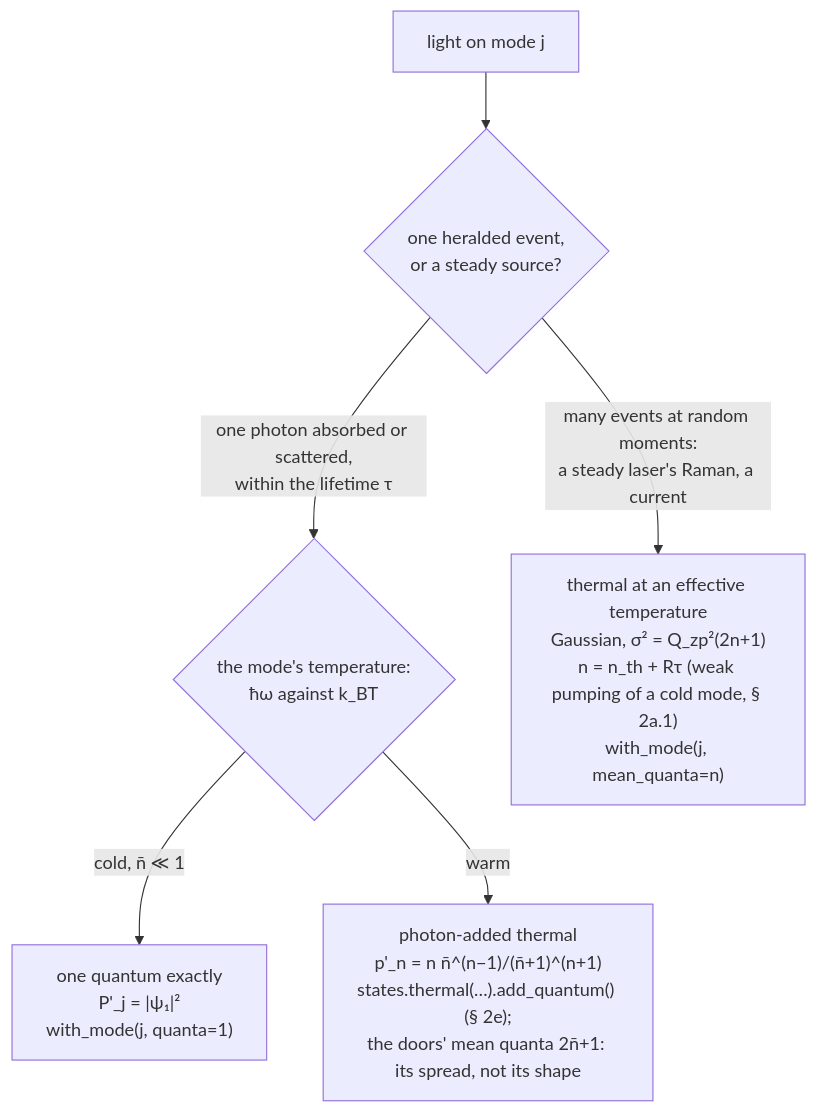
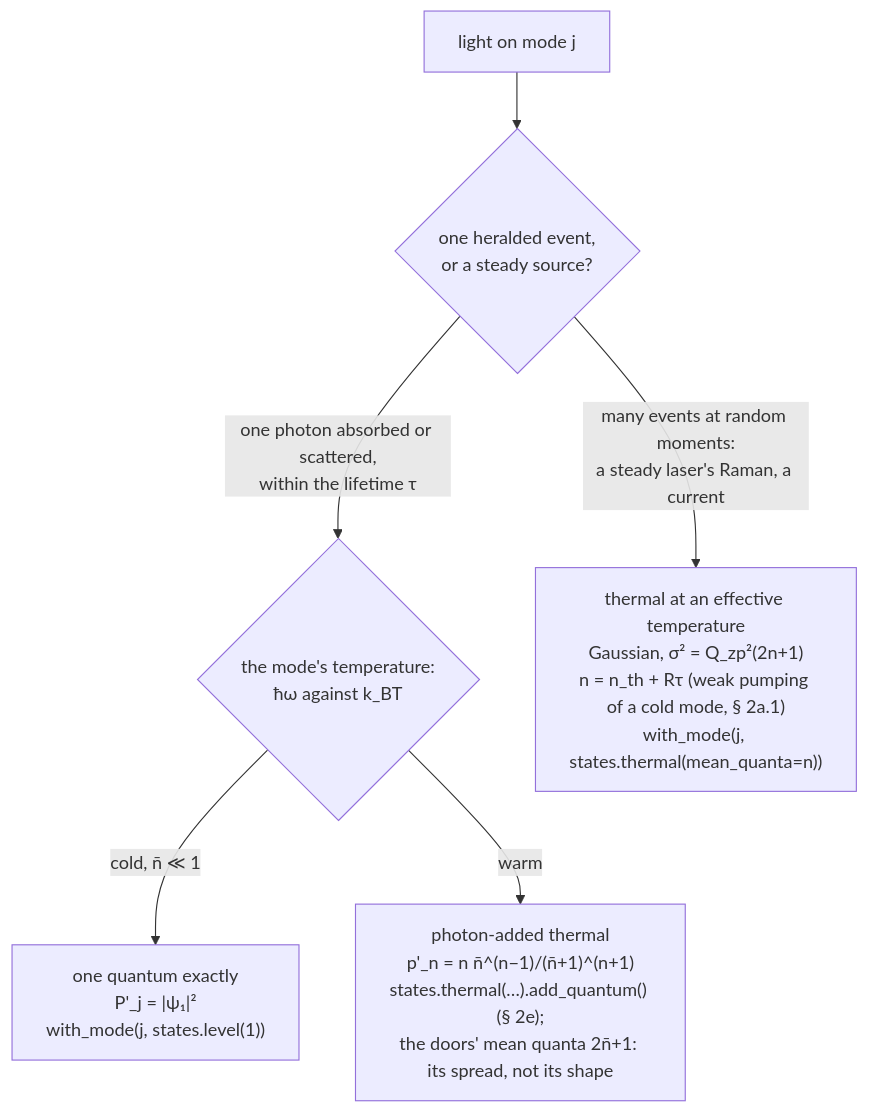
One commit to Qing-LAB/molbuilder changed the fourth of 11 diagrams in docs/science/vibrational-averaging.md. Above: the diagram before and after it, drawn with Mermaid. The commit also changed other lines of this file and 55 other files, not shown here.

````diff
--- a/docs/science/vibrational-averaging.md
+++ b/docs/science/vibrational-averaging.md
@@ -1157,8 +1158,8 @@
 ```mermaid
 flowchart TD
     L["light on mode j"] --> H{"one heralded event,<br/>or a steady source?"}
     H -->|"one photon absorbed or scattered,<br/>within the lifetime τ"| W{"the mode's temperature:<br/>ħω against k_BT"}
-    W -->|"cold, n̄ ≪ 1"| N1["one quantum exactly<br/>P'_j = |ψ₁|²<br/>with_mode(j, quanta=1)"]
+    W -->|"cold, n̄ ≪ 1"| N1["one quantum exactly<br/>P'_j = |ψ₁|²<br/>with_mode(j, states.level(1))"]
     W -->|"warm"| PA["photon-added thermal<br/>p'_n = n n̄^(n−1)/(n̄+1)^(n+1)<br/>states.thermal(…).add_quantum() (§ 2e);<br/>the doors' mean quanta 2n̄+1: its spread, not its shape"]
-    H -->|"many events at random moments:<br/>a steady laser's Raman, a current"| TE["thermal at an effective temperature<br/>Gaussian, σ² = Q_zp²(2n+1)<br/>n = n_th + Rτ (weak pumping of a cold mode, § 2a.1)<br/>with_mode(j, mean_quanta=n)"]
+    H -->|"many events at random moments:<br/>a steady laser's Raman, a current"| TE["thermal at an effective temperature<br/>Gaussian, σ² = Q_zp²(2n+1)<br/>n = n_th + Rτ (weak pumping of a cold mode, § 2a.1)<br/>with_mode(j, states.thermal(mean_quanta=n))"]
 ```
````
